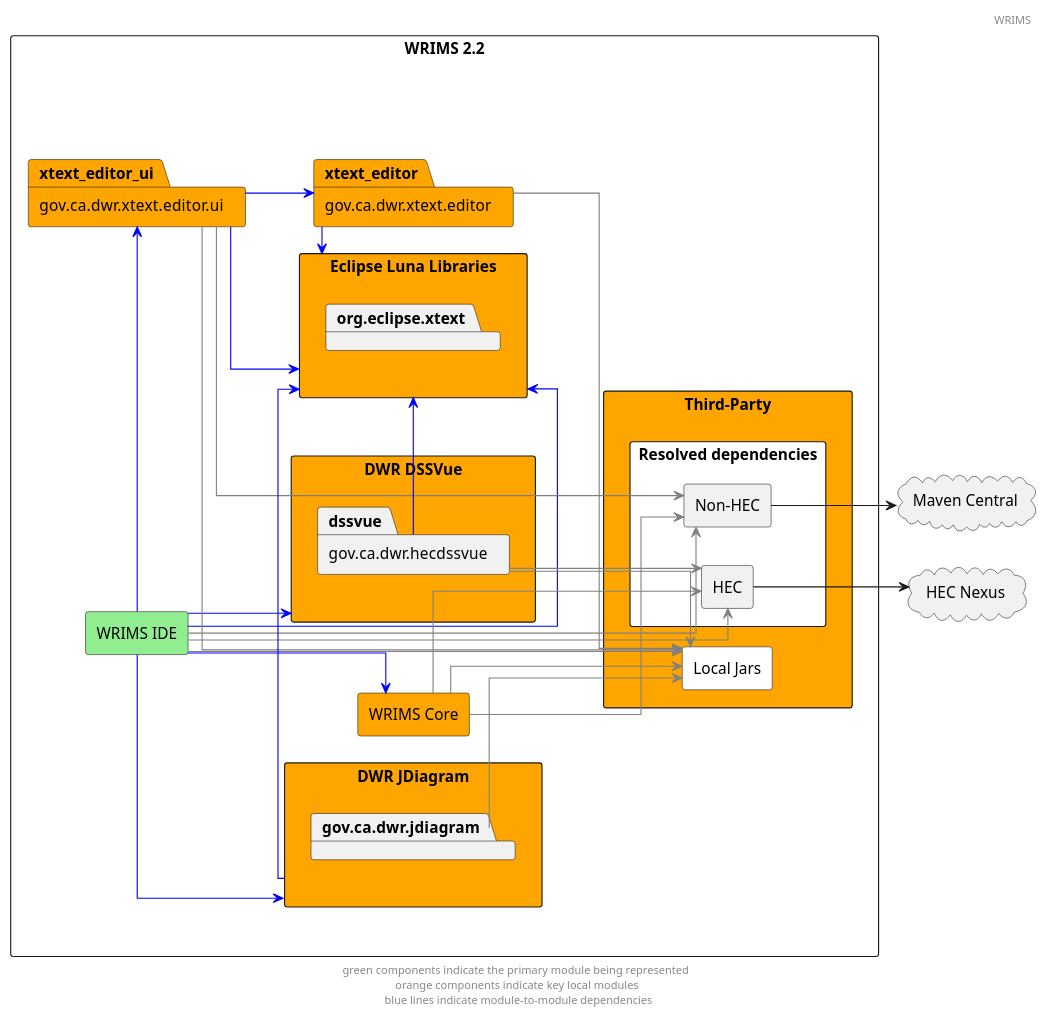
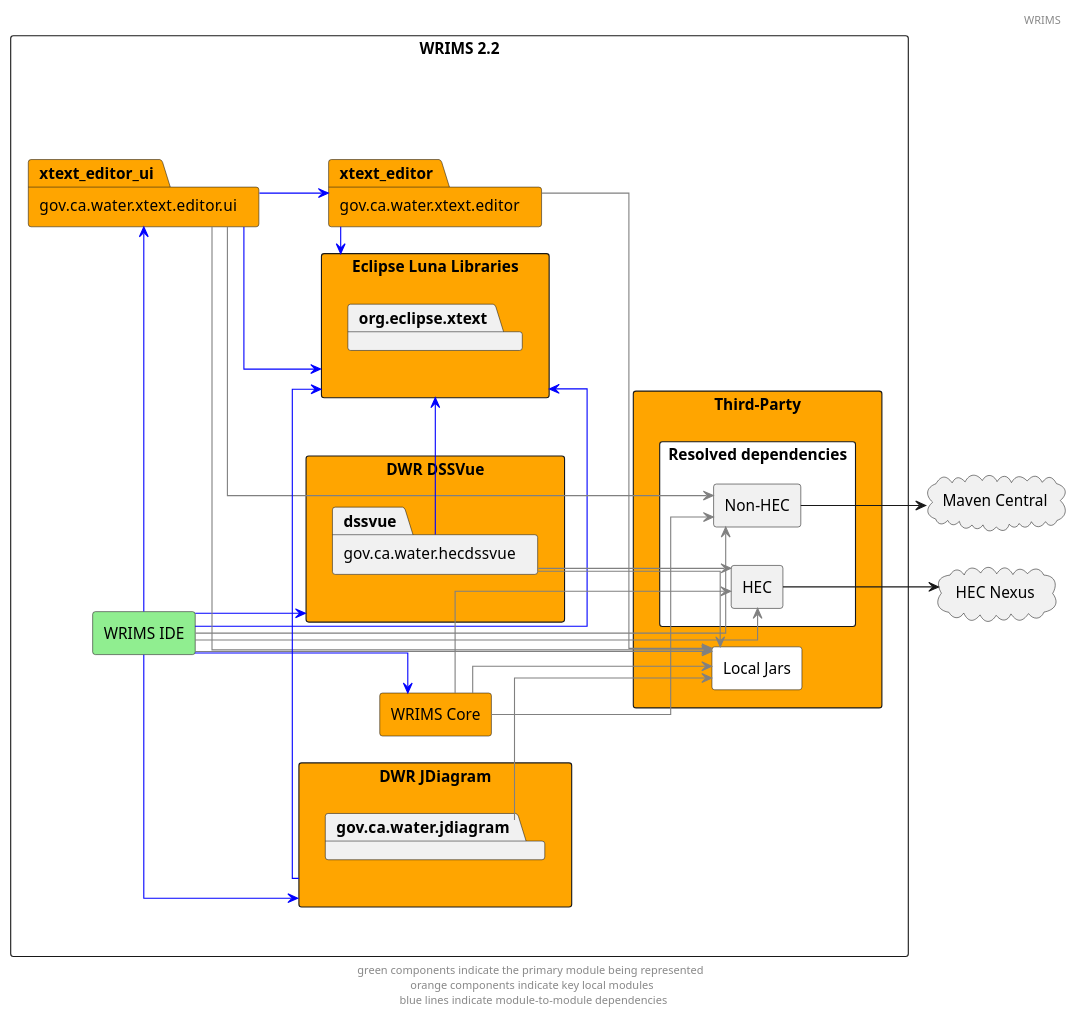
One commit to CentralValleyModeling/wrims-gui changed the diagram in docs/diagrams/wrims-overview.puml. Above: the diagram before and after it, drawn with PlantUML. The commit also changed 23 other files, not shown here.

Commit message:
UML diagram updates in-line with package rename

```diff
--- a/docs/diagrams/wrims-overview.puml
+++ b/docs/diagrams/wrims-overview.puml
@@ -1,72 +1,72 @@
 @startuml
 'https://plantuml.com/component-diagram
 header "WRIMS"
 left to right direction
 skinparam linetype ortho
 cloud hec_nexus as "HEC Nexus"
 cloud maven_central as "Maven Central"
 
 rectangle wrims as "WRIMS 2.2"{
     rectangle wrims_ide as "WRIMS IDE" #lightgreen
 
     rectangle wrims_dssvue as "DWR DSSVue" #orange {
-        package dssvue as "gov.ca.dwr.hecdssvue"
+        package dssvue as "gov.ca.water.hecdssvue"
     }
 
     rectangle wrims_jdiagram as "DWR JDiagram" #orange {
-        package gov.ca.dwr.jdiagram
+        package gov.ca.water.jdiagram
     }
 
     rectangle wrims_core as "WRIMS Core" #orange
 
-    package xtext_editor as "gov.ca.dwr.xtext.editor" #orange
+    package xtext_editor as "gov.ca.water.xtext.editor" #orange
 
-    package xtext_editor_ui as "gov.ca.dwr.xtext.editor.ui" #orange
+    package xtext_editor_ui as "gov.ca.water.xtext.editor.ui" #orange
 
     rectangle eclipse_luna_libs as "Eclipse Luna Libraries" #orange {
         package org.eclipse.xtext
     }
 
     rectangle third_party as "Third-Party" #orange {
         rectangle local_jars as "Local Jars" #white
         rectangle resolved_deps as "Resolved dependencies" #white {
         rectangle hec as "HEC"
         rectangle non_hec as "Non-HEC"
     }
 }
 
 
 
 wrims_ide -down-> wrims_core #blue
 wrims_ide -down-> eclipse_luna_libs #blue
 wrims_ide -down-> local_jars #grey
 wrims_ide -down-> hec #grey
 wrims_ide -down-> wrims_dssvue #blue
 wrims_ide -> xtext_editor_ui #blue
 wrims_ide -down-> non_hec #grey
 wrims_ide -down-> wrims_jdiagram #blue
 
 wrims_core -down-> local_jars #grey
 wrims_core -down-> non_hec #grey
 wrims_core -down-> hec #grey
 
 xtext_editor_ui -down-> xtext_editor #blue
 xtext_editor_ui -down-> local_jars #grey
 xtext_editor_ui -down-> non_hec #grey
 xtext_editor -down-> local_jars #grey
 xtext_editor -> eclipse_luna_libs #blue
 xtext_editor_ui -> eclipse_luna_libs #blue
 
 
-gov.ca.dwr.jdiagram -> local_jars #grey
+gov.ca.water.jdiagram -> local_jars #grey
 wrims_jdiagram -> eclipse_luna_libs #blue
 
 hec -down-> hec_nexus
 non_hec -down-> maven_central
 
 dssvue -> hec #grey
 dssvue -> local_jars #grey
 dssvue -> eclipse_luna_libs #blue
 
 footer "green components indicate the primary module being represented \n orange components indicate key local modules \n blue lines indicate module-to-module dependencies"
 @enduml
```
